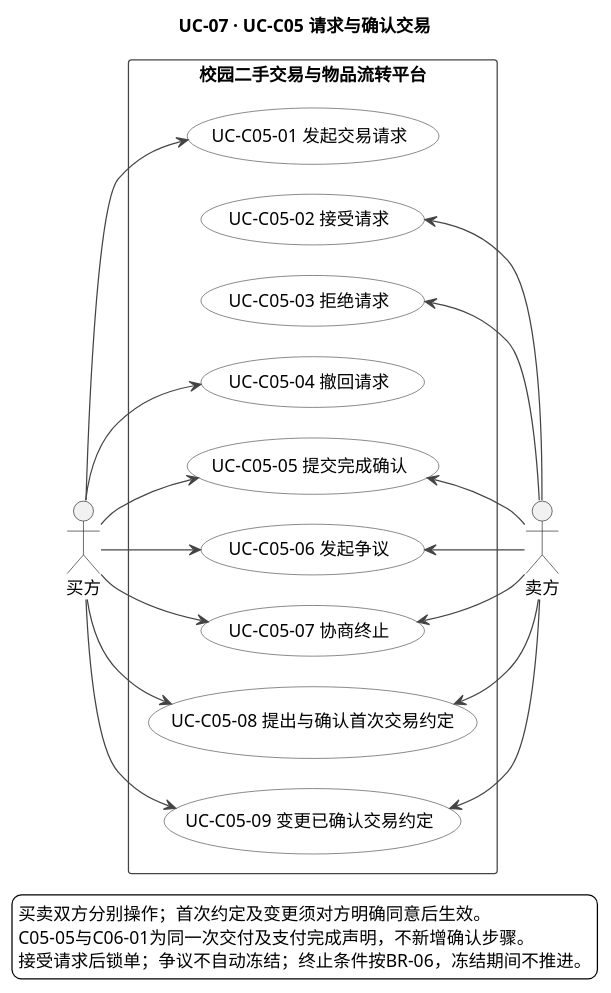
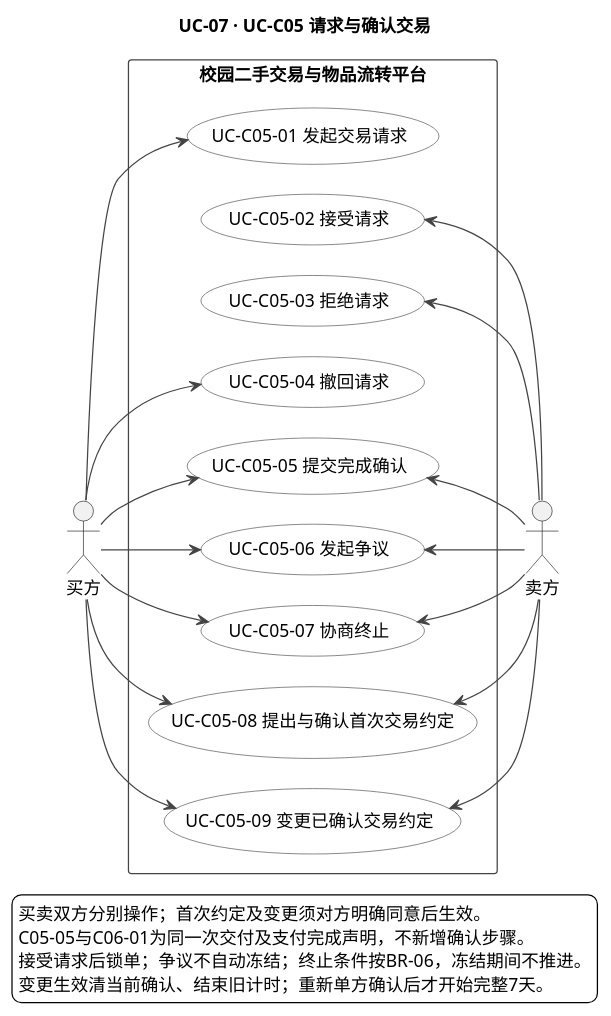
The diagram in docs/appendices/models/UC-07-请求与确认交易用例图.puml (iy88/se-course-project-1), drawn with PlantUML before and after one commit. The commit also changed 94 other files, not shown here.

```diff
--- a/docs/appendices/models/UC-07-请求与确认交易用例图.puml
+++ b/docs/appendices/models/UC-07-请求与确认交易用例图.puml
@@ -1,110 +1,111 @@
 @startuml
-' Version: 0.1.0
-' Version-Datetime: 2026-10-26T12:37:57+08:00
+' Version: 0.1.1
+' Version-Datetime: 2026-10-26T21:22:39+08:00
 title UC-07 · UC-C05 请求与确认交易
 
 skinparam backgroundColor #FFFFFF
 skinparam defaultFontName "PingFang SC"
 skinparam shadowing false
 skinparam nodesep 24
 skinparam ranksep 38
 skinparam usecase {
   BackgroundColor #FFFFFF
   BorderColor #444444
 }
 skinparam rectangle {
   BackgroundColor #FFFFFF
   BorderColor #444444
 }
 skinparam ArrowColor #444444
 skinparam noteBackgroundColor #FFFFFF
 left to right direction
 
 actor 买方 as Buyer
 actor 卖方 as Seller
 
 rectangle "校园二手交易与物品流转平台" {
   usecase (UC-C05-01 发起交易请求) as C0501
   usecase (UC-C05-02 接受请求) as C0502
   usecase (UC-C05-03 拒绝请求) as C0503
   usecase (UC-C05-04 撤回请求) as C0504
   usecase (UC-C05-05 提交完成确认) as C0505
   usecase (UC-C05-06 发起争议) as C0506
   usecase (UC-C05-07 协商终止) as C0507
   usecase (UC-C05-08 提出与确认首次交易约定) as C0508
   usecase (UC-C05-09 变更已确认交易约定) as C0509
 }
 
 Buyer --> C0501
 Buyer --> C0504
 Buyer --> C0505
 Buyer --> C0506
 Buyer --> C0507
 Buyer --> C0508
 Buyer --> C0509
 C0502 <-- Seller
 C0503 <-- Seller
 C0505 <-- Seller
 C0506 <-- Seller
 C0507 <-- Seller
 C0508 <-- Seller
 C0509 <-- Seller
 
 ' note right of C0501
 '   有效请求创建待接受记录和专属交易分支，通知
 '   卖方但暂不锁单；同一买方对同一商品至多一条
 '   有效待接受请求（BR-01、BR-02）。
 ' end note
 
 ' note bottom of C0502
 '   接受一条即锁单，商品转交易中；其余待接受
 '   请求自动关闭，原因统一为“商品已被其他用户
 '   锁单”（BR-02、BR-03）。
 ' end note
 
 ' note right of C0503
 '   认领管理员仅按 BR-08 与 BR-34 在管理事项中
 '   介入，不是本图日常 actor；管理调整见
 '   UC-C08 与 UC-C14。
 ' end note
 
 ' note bottom of C0505
 '   与 UC-C06-01 是同一次完成声明：一次确认
 '   同时声明交付与支付完成，不新增第二个确认
 '   步骤；单方仅记进度，双方确认后完成
 '   （BR-04、BR-05、BR-28）。
 ' end note
 
 ' note bottom of C0506
 '   争议须填写说明，保持锁单，不自动冻结；
 '   恢复进行中时清空当前确认、保留历史，
 '   不启动计时（BR-07）。
 ' end note
 
 ' note bottom of C0507
 '   首次约定前买方可直接取消、卖方申请须买方
 '   同意；约定后须双方明确同意；生效为已终止
 '   并计失败；冻结期间不得推进（BR-06）。
 ' end note
 
 ' note bottom of C0508
 '   首次约定须包含交付与支付要素，由另一方
 '   明确同意后生效；拒绝只结束提案，交易与
 '   锁单保持（BR-04、4.15）。
 ' end note
 
 ' note bottom of C0509
 '   变更须对方同意；未同意保留原约定并保存
 '   新旧历史，不退回首次约定前阶段，不恢复
 '   买方直接取消权（4.15）。
 ' end note
 
 ' 发起→接受→首次约定→完成确认是阶段顺序，
 ' 不是 include；变更约定是独立条件路径，不强制
 ' extend；接受时关闭其他请求属系统联动。
 legend bottom
 买卖双方分别操作；首次约定及变更须对方明确同意后生效。
 C05-05与C06-01为同一次交付及支付完成声明，不新增确认步骤。
 接受请求后锁单；争议不自动冻结；终止条件按BR-06，冻结期间不推进。
+变更生效清当前确认、结束旧计时；重新单方确认后才开始完整7天。
 endlegend
 @enduml
```
